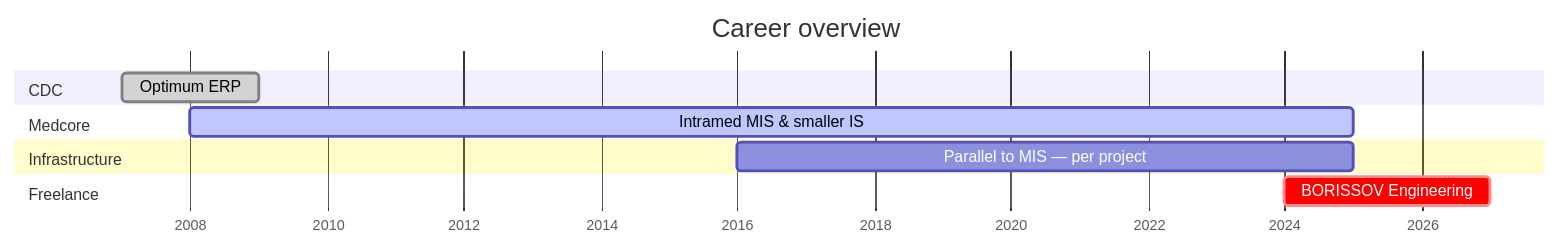
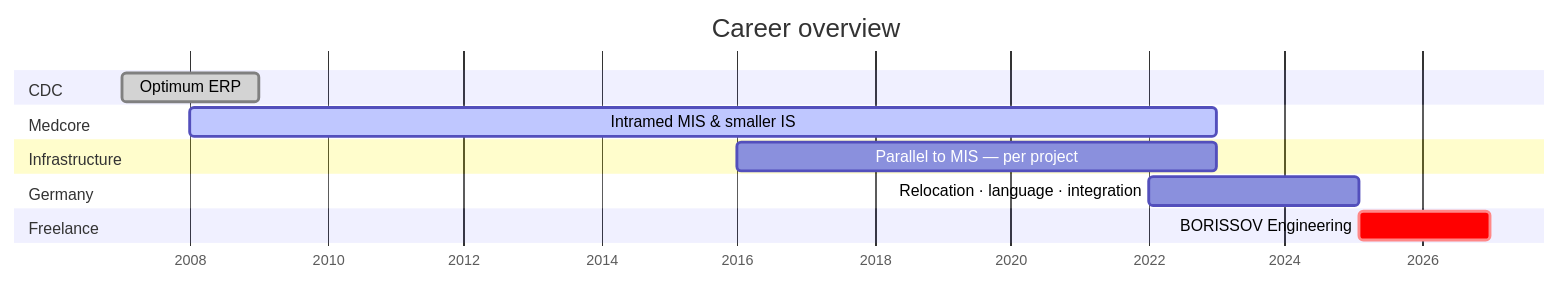
The diagram in en/02-career/timeline.md (boralekc/cv), drawn with Mermaid before and after one commit. The commit also changed other lines of this file and 18 other files, not shown here.

First line of the commit message:
Update career documentation to reflect accurate timelines and responsibilities

````diff
--- a/en/02-career/timeline.md
+++ b/en/02-career/timeline.md
@@ -43,18 +66,21 @@
 ```mermaid
 gantt
     title Career overview
     dateFormat YYYY-MM-DD
     axisFormat %Y
 
     section CDC
     Optimum ERP :done, 2007-01-01, 2008-12-31
 
     section Medcore
-    Intramed MIS & smaller IS :active, 2008-01-01, 2024-12-31
+    Intramed MIS & smaller IS :active, 2008-01-01, 2022-12-31
 
     section Infrastructure
-    Parallel to MIS — per project :infra, 2016-01-01, 2024-12-31
+    Parallel to MIS — per project :infra, 2016-01-01, 2022-12-31
+
+    section Germany
+    Relocation · language · integration :de, 2022-01-01, 2025-02-01
 
     section Freelance
-    BORISSOV Engineering :crit, 2024-01-01, 2027-01-01
+    BORISSOV Engineering :crit, 2025-02-01, 2027-01-01
 ```
````
